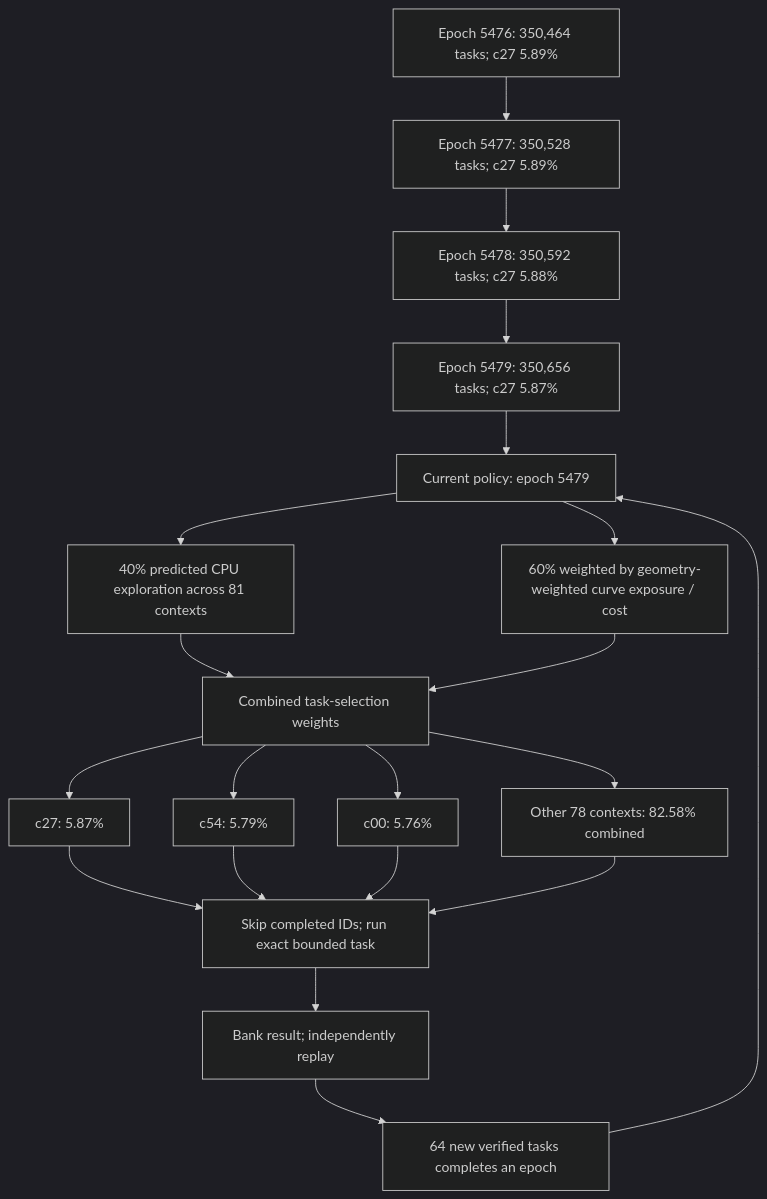
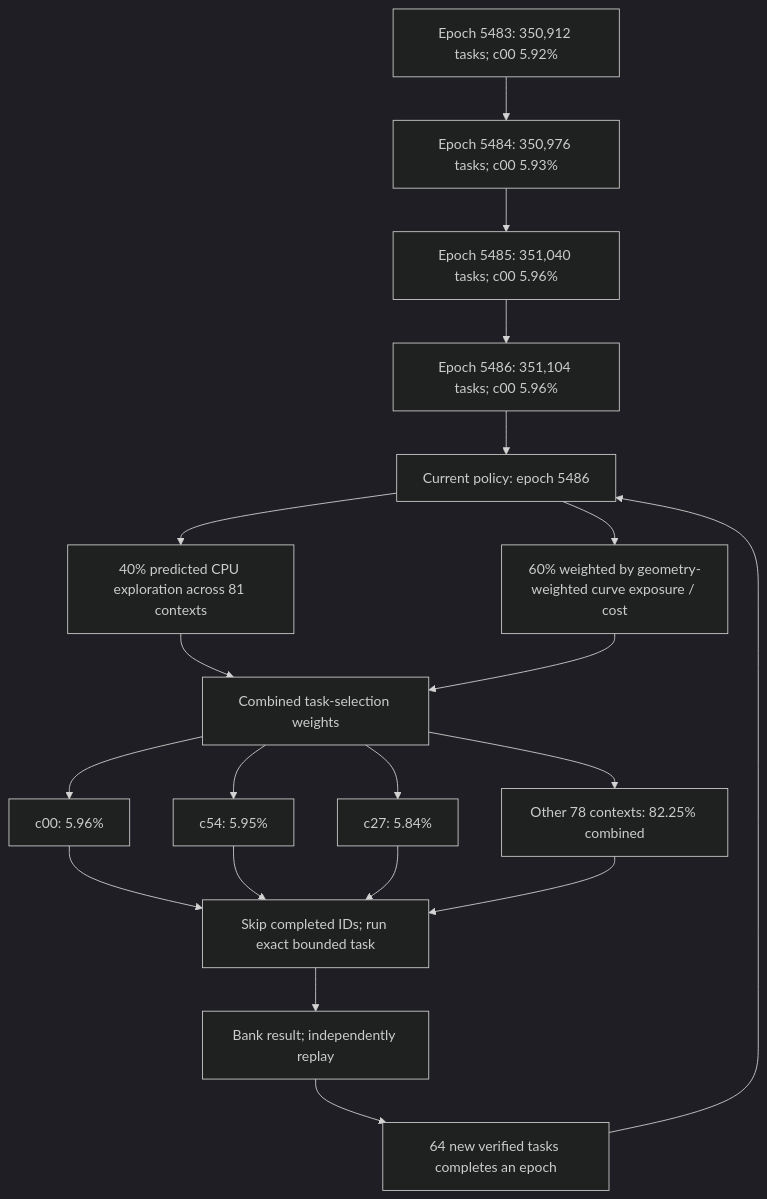
One commit to Kuberwastaken/math-gambling changed the first of 3 diagrams in README.md. Above: the diagram before and after it, drawn with Mermaid (dark theme). The commit also changed other lines of this file and 1184 other files, not shown here.

````diff
--- a/README.md
+++ b/README.md
@@ -60,27 +60,27 @@
 ```mermaid
 flowchart TD
-    H0["Epoch 5476: 350,464 tasks; c27 5.89%"]
-    H1["Epoch 5477: 350,528 tasks; c27 5.89%"]
+    H0["Epoch 5483: 350,912 tasks; c00 5.92%"]
+    H1["Epoch 5484: 350,976 tasks; c00 5.93%"]
     H0 --> H1
-    H2["Epoch 5478: 350,592 tasks; c27 5.88%"]
+    H2["Epoch 5485: 351,040 tasks; c00 5.96%"]
     H1 --> H2
-    H3["Epoch 5479: 350,656 tasks; c27 5.87%"]
+    H3["Epoch 5486: 351,104 tasks; c00 5.96%"]
     H2 --> H3
-    Policy["Current policy: epoch 5479"]
+    Policy["Current policy: epoch 5486"]
     H3 --> Policy
     Policy --> Explore["40% predicted CPU exploration across 81 contexts"]
     Policy --> Cost["60% weighted by geometry-weighted curve exposure / cost"]
     Explore --> Mix["Combined task-selection weights"]
     Cost --> Mix
-    Mix --> C0["c27: 5.87%"]
-    Mix --> C1["c54: 5.79%"]
-    Mix --> C2["c00: 5.76%"]
-    Mix --> Rest["Other 78 contexts: 82.58% combined"]
+    Mix --> C0["c00: 5.96%"]
+    Mix --> C1["c54: 5.95%"]
+    Mix --> C2["c27: 5.84%"]
+    Mix --> Rest["Other 78 contexts: 82.25% combined"]
     C0 --> Check["Skip completed IDs; run exact bounded task"]
     C1 --> Check
     C2 --> Check
     Rest --> Check
     Check --> Replay["Bank result; independently replay"]
     Replay --> Gate["64 new verified tasks completes an epoch"]
     Gate --> Policy
 ```
````
